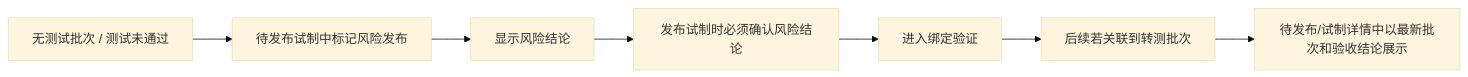
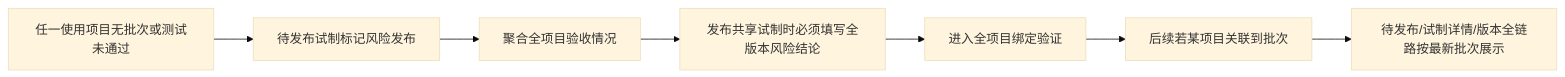
Before and after one commit to 920171519/toolkit: the second of 3 diagrams in docs/业务逻辑与联动关系.md, drawn with Mermaid (base theme). The commit also changed other lines of this file and 28 other files, not shown here.

Commit message:
feat: add project workspaces, shared release flow and version trace

````diff
--- a/docs/业务逻辑与联动关系.md
+++ b/docs/业务逻辑与联动关系.md
@@ -56,9 +49,9 @@
 ```mermaid
 flowchart LR
-  A[无测试批次 / 测试未通过] --> B[待发布试制中标记风险发布]
-  B --> C[显示风险结论]
-  C --> D[发布试制时必须确认风险结论]
-  D --> E[进入绑定验证]
-  E --> F[后续若关联到转测批次]
-  F --> G[待发布/试制详情中以最新批次和验收结论展示]
+  A[任一使用项目无批次或测试未通过] --> B[待发布试制标记风险发布]
+  B --> C[聚合全项目验收情况]
+  C --> D[发布共享试制时必须填写全版本风险结论]
+  D --> E[进入全项目绑定验证]
+  E --> F[后续若某项目关联到批次]
+  F --> G[待发布/试制详情/版本全链路按最新批次展示]
 ```
````
